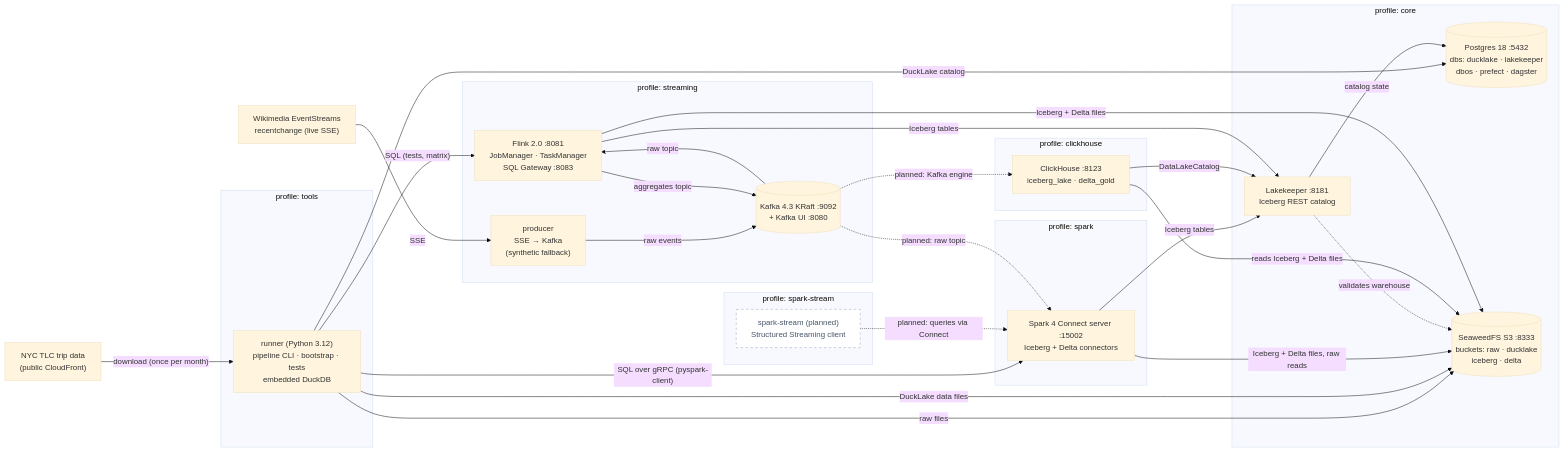
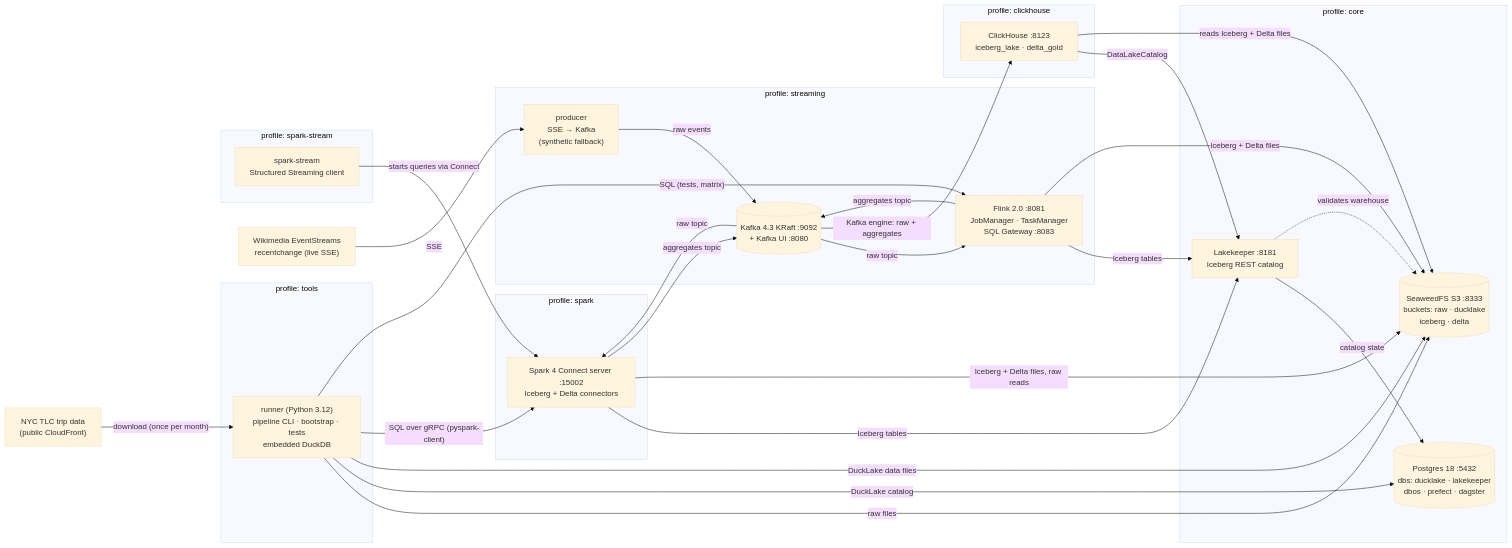
The first of 5 diagrams in docs/architecture.md (wilkinson001/de-playground), drawn with Mermaid (base theme) before and after one commit. The commit also changed other lines of this file and 1 other file, not shown here.

Commit message:
docs: streaming track docs and diagrams

````diff
--- a/docs/architecture.md
+++ b/docs/architecture.md
@@ -17,59 +16,57 @@
 ```mermaid
 flowchart LR
     tlc["NYC TLC trip data<br/>(public CloudFront)"]
     wm["Wikimedia EventStreams<br/>recentchange (live SSE)"]
 
     subgraph tools["profile: tools"]
         runner["runner (Python 3.12)<br/>pipeline CLI · bootstrap · tests<br/>embedded DuckDB"]
     end
 
     subgraph streaming_p["profile: streaming"]
         producer["producer<br/>SSE → Kafka<br/>(synthetic fallback)"]
         kafka[("Kafka 4.3 KRaft :9092<br/>+ Kafka UI :8080")]
         flink["Flink 2.0 :8081<br/>JobManager · TaskManager<br/>SQL Gateway :8083"]
     end
 
     subgraph spark_p["profile: spark"]
         spark["Spark 4 Connect server :15002<br/>Iceberg + Delta connectors"]
     end
 
     subgraph spark_stream_p["profile: spark-stream"]
-        sstream["spark-stream (planned)<br/>Structured Streaming client"]
+        sstream["spark-stream<br/>Structured Streaming client"]
     end
 
     subgraph core["profile: core"]
         pg[("Postgres 18 :5432<br/>dbs: ducklake · lakekeeper<br/>dbos · prefect · dagster")]
         lk["Lakekeeper :8181<br/>Iceberg REST catalog"]
         s3[("SeaweedFS S3 :8333<br/>buckets: raw · ducklake<br/>iceberg · delta")]
     end
 
     subgraph ch_p["profile: clickhouse"]
         ch["ClickHouse :8123<br/>iceberg_lake · delta_gold"]
     end
 
     tlc -- "download (once per month)" --> runner
     runner -- "raw files" --> s3
     runner -- "DuckLake catalog" --> pg
     runner -- "DuckLake data files" --> s3
     runner -- "SQL over gRPC (pyspark-client)" --> spark
     spark -- "Iceberg tables" --> lk
     spark -- "Iceberg + Delta files, raw reads" --> s3
     lk -- "catalog state" --> pg
     lk -. "validates warehouse" .-> s3
     ch -- "DataLakeCatalog" --> lk
     ch -- "reads Iceberg + Delta files" --> s3
 
     wm -- "SSE" --> producer
     producer -- "raw events" --> kafka
     kafka -- "raw topic" --> flink
     flink -- "aggregates topic" --> kafka
     flink -- "Iceberg tables" --> lk
     flink -- "Iceberg + Delta files" --> s3
     runner -- "SQL (tests, matrix)" --> flink
-    sstream -. "planned: queries via Connect" .-> spark
-    kafka -. "planned: raw topic" .-> spark
-    kafka -. "planned: Kafka engine" .-> ch
-
-    classDef planned fill:#ffffff,stroke:#94a3b8,stroke-dasharray:5 5,color:#475569
-    class sstream planned
+    sstream -- "starts queries via Connect" --> spark
+    kafka -- "raw topic" --> spark
+    spark -- "aggregates topic" --> kafka
+    kafka -- "Kafka engine: raw + aggregates" --> ch
 ```
````
